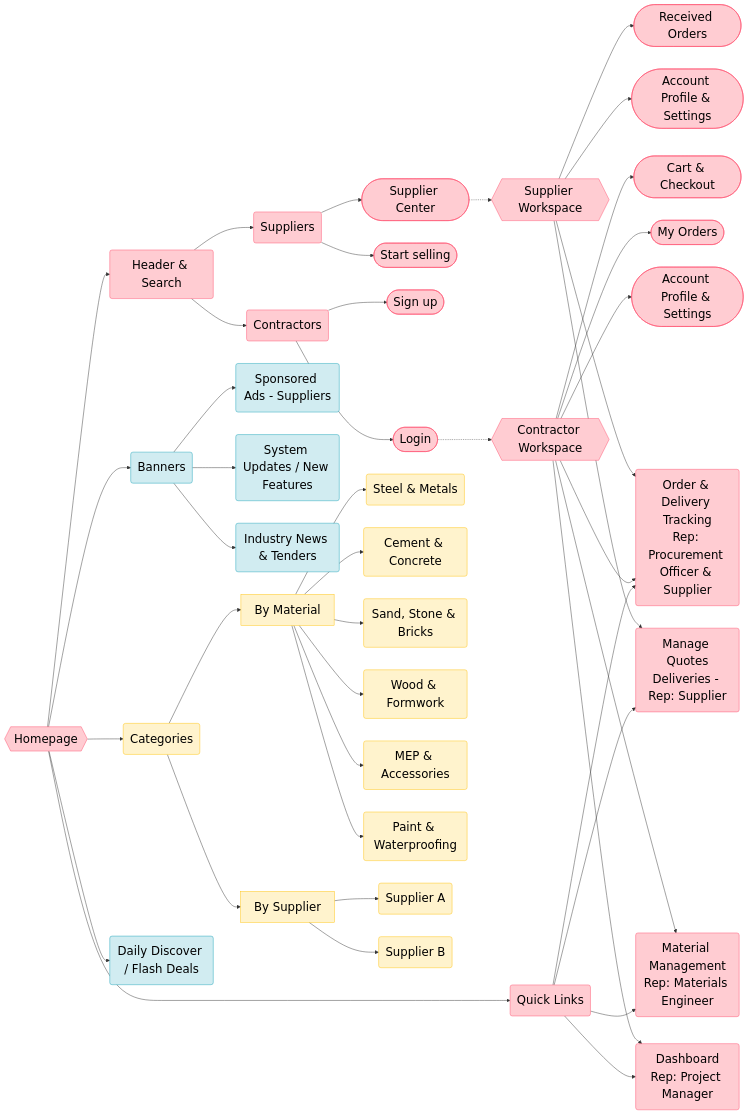
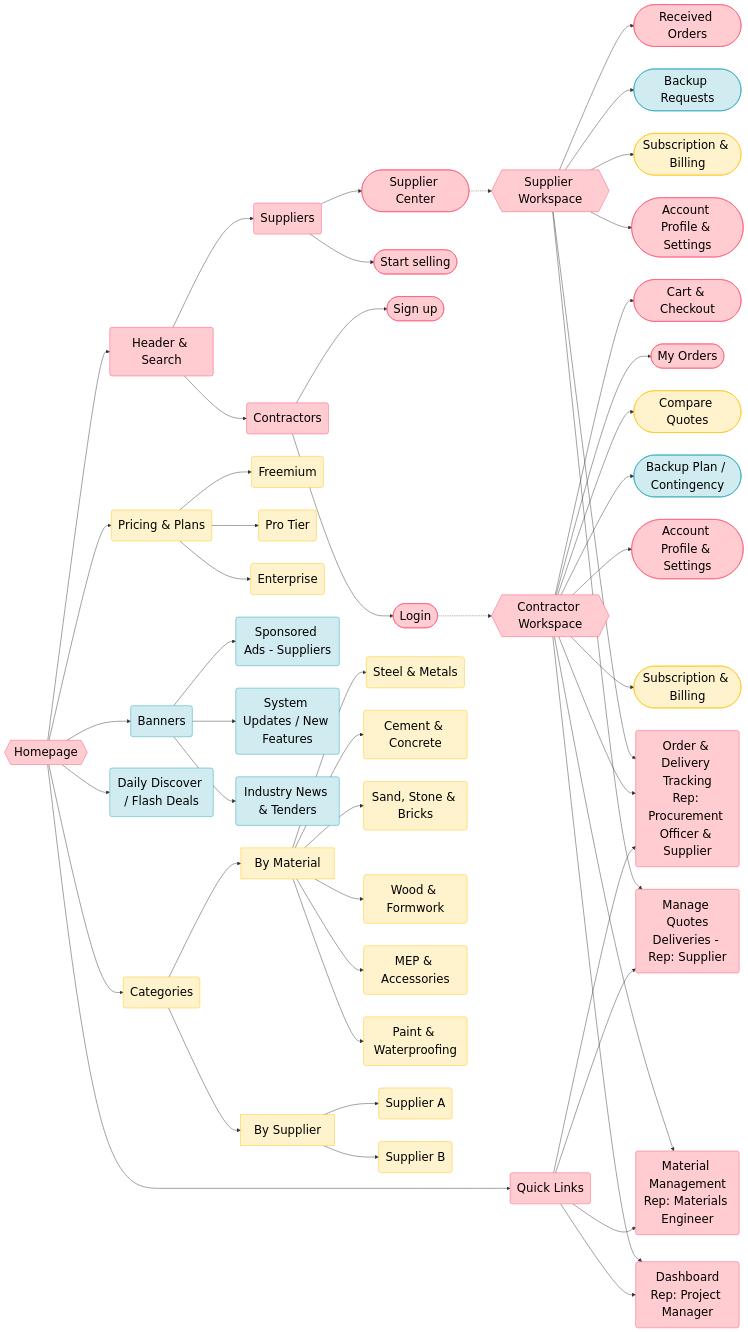
One commit to kellyblossom/Software-Engineering-in-Construction-Information-Systems-Assignment changed the diagram in README.md. Above: the diagram before and after it, drawn with Mermaid. The commit also changed other lines of this file, not shown here.

Commit message:
Refactor System Sitemap in README.md for improved clarity and organization, adding new links for pricing, subscription, and backup requests.

````diff
--- a/README.md
+++ b/README.md
@@ -17,17 +17,20 @@
     A --> D(Quick Links)
     A --> E(Categories)
     A --> F(Daily Discover / Flash Deals)
+    A --> P(Pricing & Plans)
 
     B --> BS(Suppliers)
     B --> BC(Contractors)
+    
     %% Interaction for suppliers
     BS --> BS1([Supplier Center])
     BS --> BS2([Start selling])
 
     BS1 -.-> BS_Portal{{Supplier Workspace}}
-    BS_Portal --> BS4(["Received Orders"]) 
-    BS_Portal --> BS3(["Account Profile & Settings"])
-
+    BS_Portal --> BS3(["Received Orders"]) 
+    BS_Portal --> BS5(["Backup Requests"]) 
+    BS_Portal --> BS6(["Subscription & Billing"])
+    BS_Portal --> BS4(["Account Profile & Settings"])
 
     %% Interactions for contractors
     BC --> BC1([Sign up])
@@ -36,18 +39,26 @@
     BC2 -.-> BC_Portal{{Contractor Workspace}}
     BC_Portal --> BC3(["Cart & Checkout"]) 
     BC_Portal --> BC4(["My Orders"])
-    BC_Portal --> BC5(["Account Profile & Settings"])
+    BC_Portal --> BC5(["Compare Quotes"]) 
+    BC_Portal --> BC6(["Backup Plan / Contingency"]) 
+    BC_Portal --> BC7(["Account Profile & Settings"])
+    BC_Portal --> BC8(["Subscription & Billing"])
 
-    
+    %% Subscription Tiers (Phase 2)
+    P --> P1(Freemium)
+    P --> P2(Pro Tier)
+    P --> P3(Enterprise)
+
     %% Banners & Announcements
     C --> C1(Sponsored Ads - Suppliers)
     C --> C2(System Updates / New Features)
     C --> C3(Industry News & Tenders)
 
-     %% Quick Link for Contractors: 
+    %% Quick Link for Contractors: 
     D --> D1("Material Management<br>Rep: Materials Engineer")
     D --> D2("Order & Delivery Tracking<br>Rep: Procurement Officer & Supplier")
     D --> D3("Dashboard<br>Rep: Project Manager")
+    
     %% Features in quick links can also access after logging in
     BC_Portal --> D1
     BC_Portal --> D2
@@ -55,6 +66,7 @@
 
     %% Quick Link for Suppliers:
     D --> D4("Manage Quotes<br>Deliveries - Rep: Supplier")
+    
     %% Features in quick links can also access after logging in
     BS_Portal --> D2
     BS_Portal --> D4
@@ -73,13 +85,13 @@
     E_Sup --> E3(Supplier A)
     E_Sup --> E4(Supplier B)
 
-    %% Color
+    %% Color Mapping
     %% Pink color (Highest priority - core MVP)
-     class A,B,BS,BC,BS1,BS2,BS3,BS4,BS_Portal,BC1,BC2,BC3,BC4,BC5,BC_Portal,D,D1,D2,D3,D4 high;
+    class A,B,BS,BC,BS1,BS2,BS3,BS4,BS_Portal,BC1,BC2,BC3,BC4,BC7,BC_Portal,D,D1,D2,D3,D4 high;
     
-    %% Yellow color (Medium priority - Account, Categories)
-    class E,E_Mat,E_Sup,E1,E2,E3,E4,E5,E6,E7,E8 med;
+    %% Yellow color (Medium priority - Phase 2)
+    class E,E_Mat,E_Sup,E1,E2,E3,E4,E5,E6,E7,E8,P,P1,P2,P3,BC5,BC8,BS6 med;
     
-    %% Blue color (Low priority - Ads and more)
-    class C,C1,C2,C3,F low;
+    %% Blue color (Low priority - Future Scope)
+    class C,C1,C2,C3,F,BC6,BS5 low;
 ```
````
